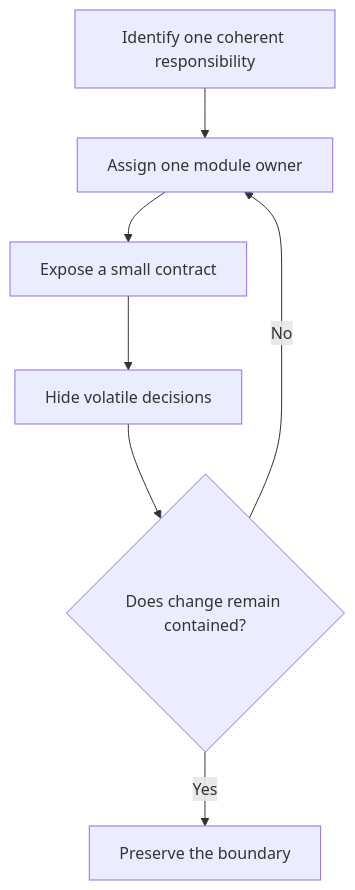
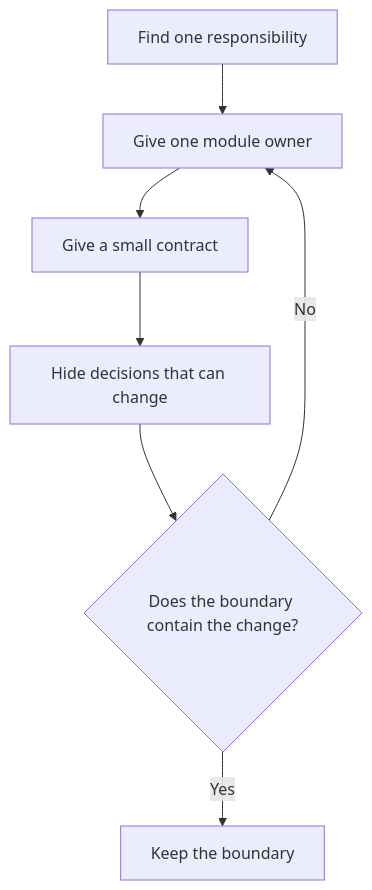
Before and after one commit to HomericIntelligence/Athena: the diagram in docs/principles/details/p005-modularity.md, drawn with Mermaid. The commit also changed other lines of this file and 91 other files, not shown here.

````diff
--- a/docs/principles/details/p005-modularity.md
+++ b/docs/principles/details/p005-modularity.md
@@ -32,9 +34,9 @@
 ```mermaid
 flowchart TD
-    A["Identify one coherent responsibility"] --> B["Assign one module owner"]
-    B --> C["Expose a small contract"]
-    C --> D["Hide volatile decisions"]
-    D --> E{"Does change remain contained?"}
+    A["Find one responsibility"] --> B["Give one module owner"]
+    B --> C["Give a small contract"]
+    C --> D["Hide decisions that can change"]
+    D --> E{"Does the boundary contain the change?"}
     E -->|No| B
-    E -->|Yes| F["Preserve the boundary"]
+    E -->|Yes| F["Keep the boundary"]
 ```
````
